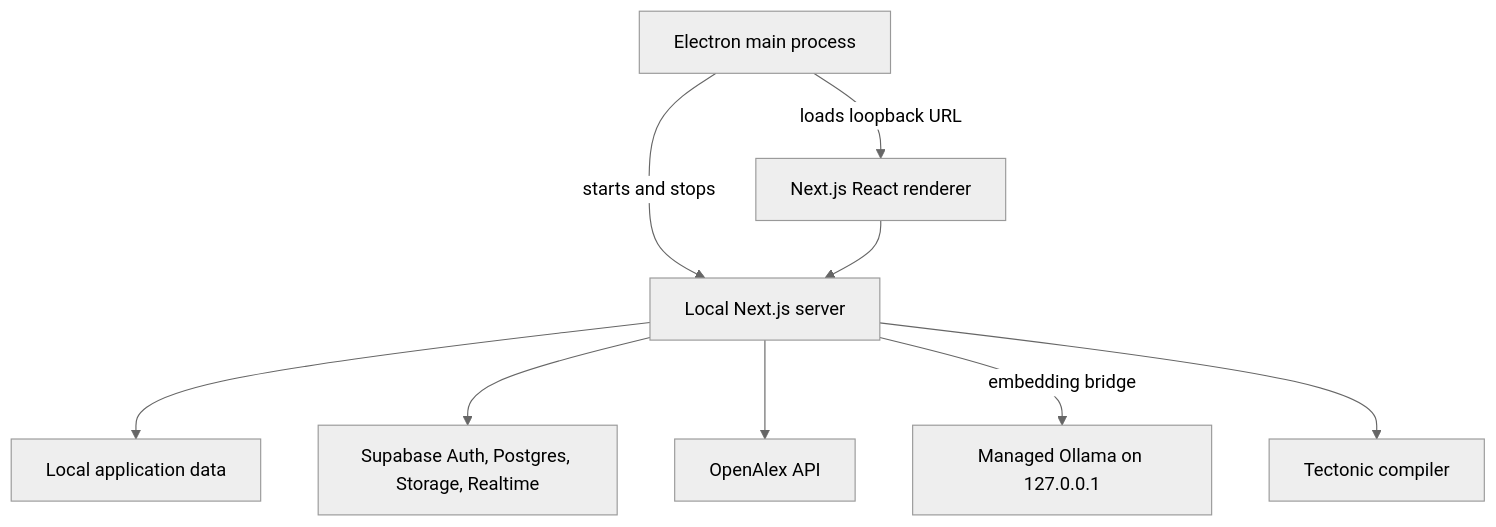
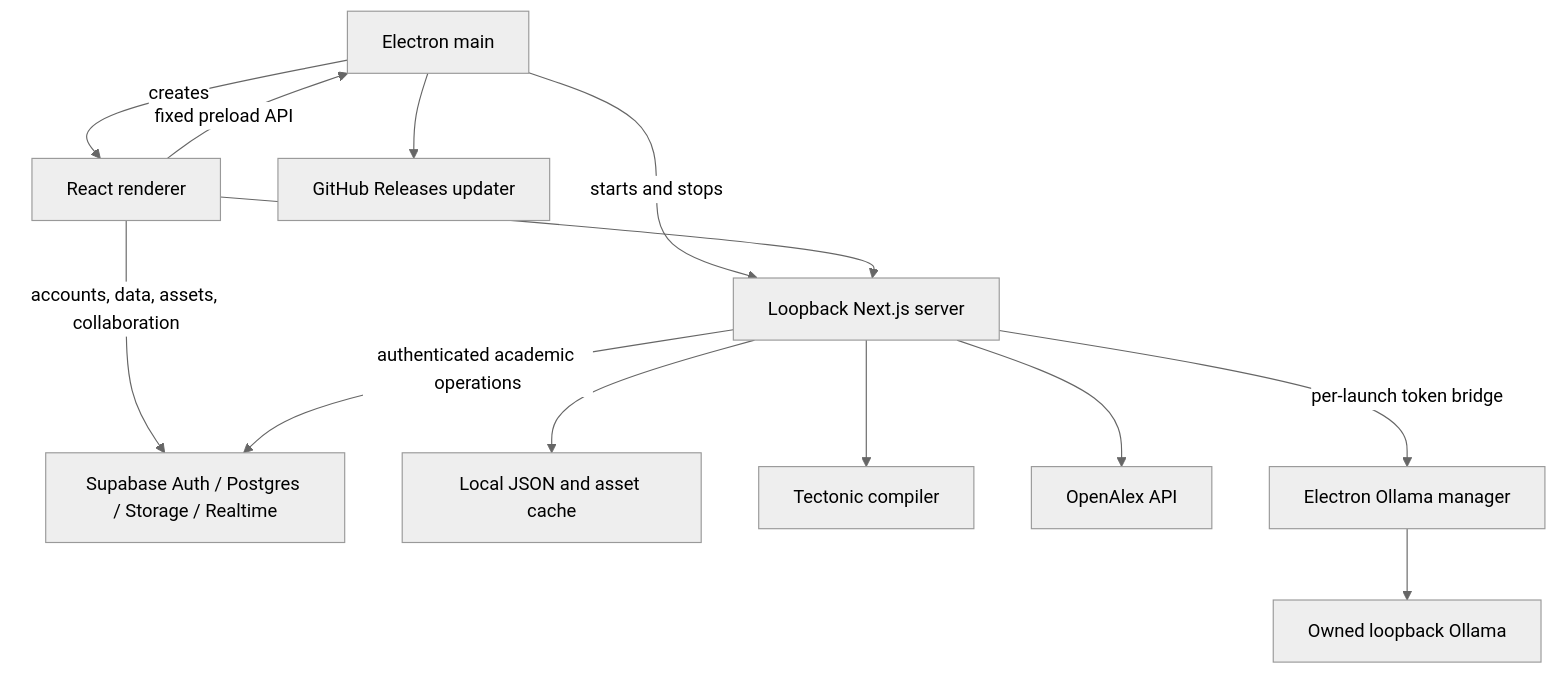
One commit to Hug00x/PaperGraph changed the second of 2 diagrams in README.md. Above: the diagram before and after it, drawn with Mermaid (neutral theme). The commit also changed other lines of this file and 2 other files, not shown here.

````diff
--- a/README.md
+++ b/README.md
@@ -88,20 +82,15 @@
 ```mermaid
 flowchart TB
-	Renderer[Next.js React renderer]
-	Main[Electron main process]
-	Server[Local Next.js server]
-	Files[Local application data]
-	Supabase[Supabase Auth, Postgres, Storage, Realtime]
-	OpenAlex[OpenAlex API]
-	Ollama[Managed Ollama on 127.0.0.1]
-	Tectonic[Tectonic compiler]
-
-	Main -->|loads loopback URL| Renderer
-	Main -->|starts and stops| Server
-	Renderer --> Server
-	Server --> Files
-	Server --> Supabase
-	Server --> OpenAlex
-	Server -->|embedding bridge| Ollama
-	Server --> Tectonic
+  Main[Electron main] -->|starts and stops| Server[Loopback Next.js server]
+  Main -->|creates| Renderer[React renderer]
+  Renderer -->|fixed preload API| Main
+  Renderer --> Server
+  Renderer -->|accounts, data, assets, collaboration| Cloud[Supabase Auth / Postgres / Storage / Realtime]
+  Server -->|authenticated academic operations| Cloud
+  Server --> Files[Local JSON and asset cache]
+  Server --> Tectonic[Tectonic compiler]
+  Server --> OpenAlex[OpenAlex API]
+  Server -->|per-launch token bridge| Manager[Electron Ollama manager]
+  Manager --> Ollama[Owned loopback Ollama]
+  Main --> Updates[GitHub Releases updater]
 ```
````
